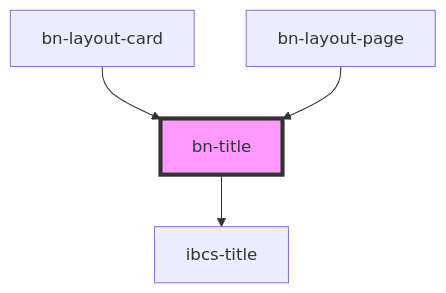
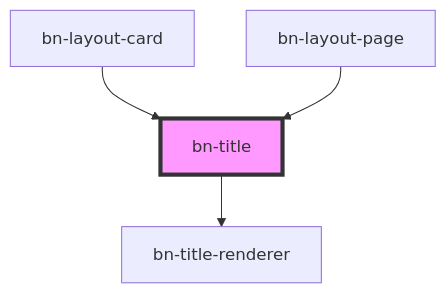
The diagram in src/components/bn-title/readme.md (bino-bi/bn-template-engine), drawn with Mermaid before and after one commit. The commit also changed other lines of this file and 263 other files, not shown here.

````diff
--- a/src/components/bn-title/readme.md
+++ b/src/components/bn-title/readme.md
@@ -104,7 +106,7 @@
 ```mermaid
 graph TD;
-  bn-title --> ibcs-title
+  bn-title --> bn-title-renderer
   bn-layout-card --> bn-title
   bn-layout-page --> bn-title
   style bn-title fill:#f9f,stroke:#333,stroke-width:4px
 ```
````
